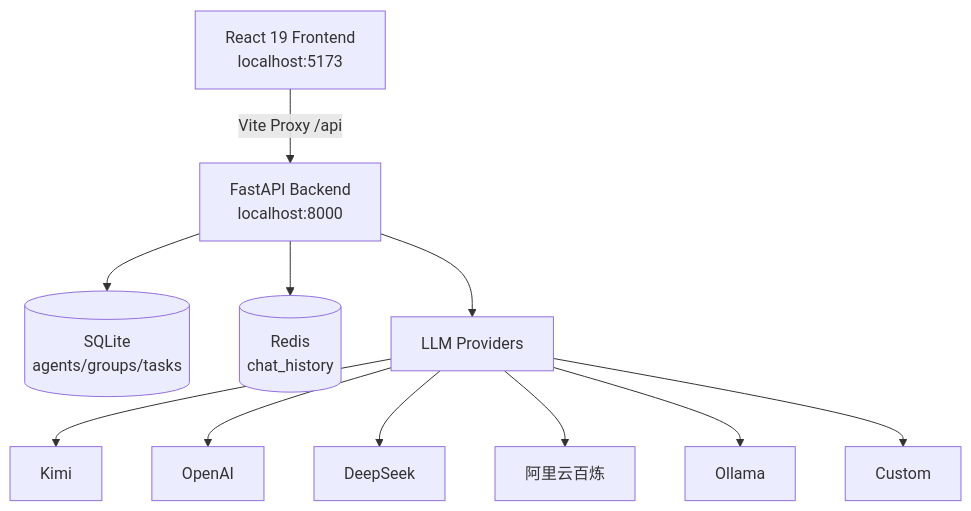
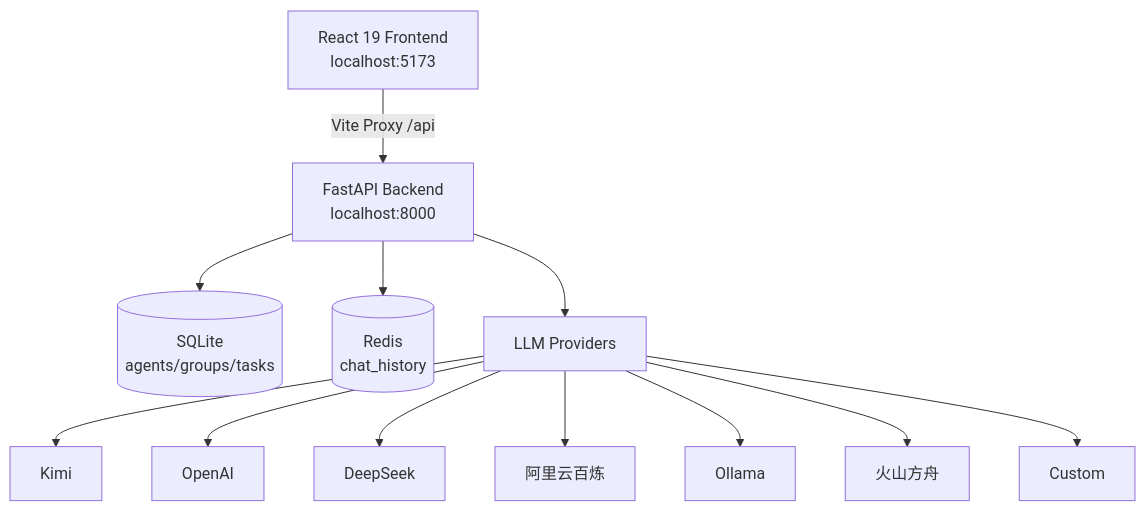
One commit to lengfengng1-ai-architect/agent-factory changed the first of 4 diagrams in README.md. Above: the diagram before and after it, drawn with Mermaid. The commit also changed other lines of this file, not shown here.

````diff
--- a/README.md
+++ b/README.md
@@ -47,13 +47,14 @@
 ```mermaid
 graph TD
     A[React 19 Frontend<br/>localhost:5173] -->|Vite Proxy /api| B[FastAPI Backend<br/>localhost:8000]
     B --> C[(SQLite<br/>agents/groups/tasks)]
     B --> D[(Redis<br/>chat_history)]
     B --> E[LLM Providers]
     E --> E1[Kimi]
     E --> E2[OpenAI]
     E --> E3[DeepSeek]
     E --> E4[阿里云百炼]
     E --> E5[Ollama]
-    E --> E6[Custom]
+    E --> E6[火山方舟]
+    E --> E7[Custom]
 ```
````
